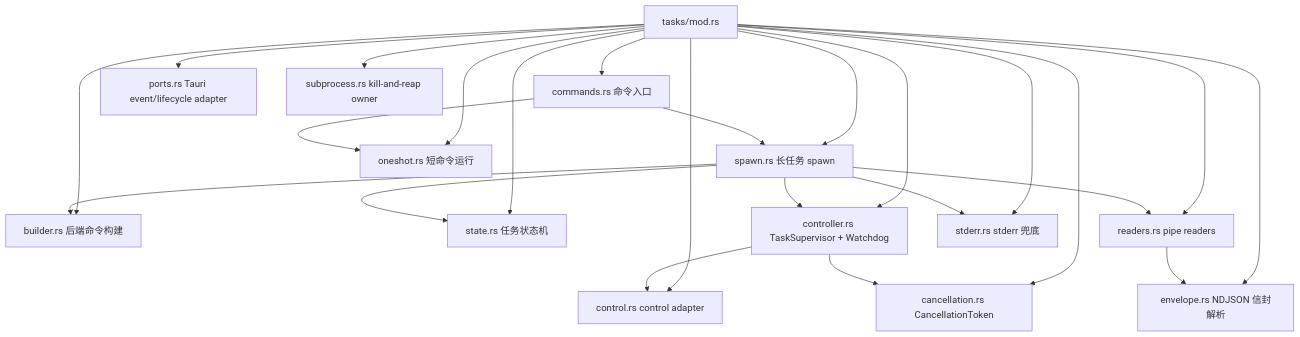
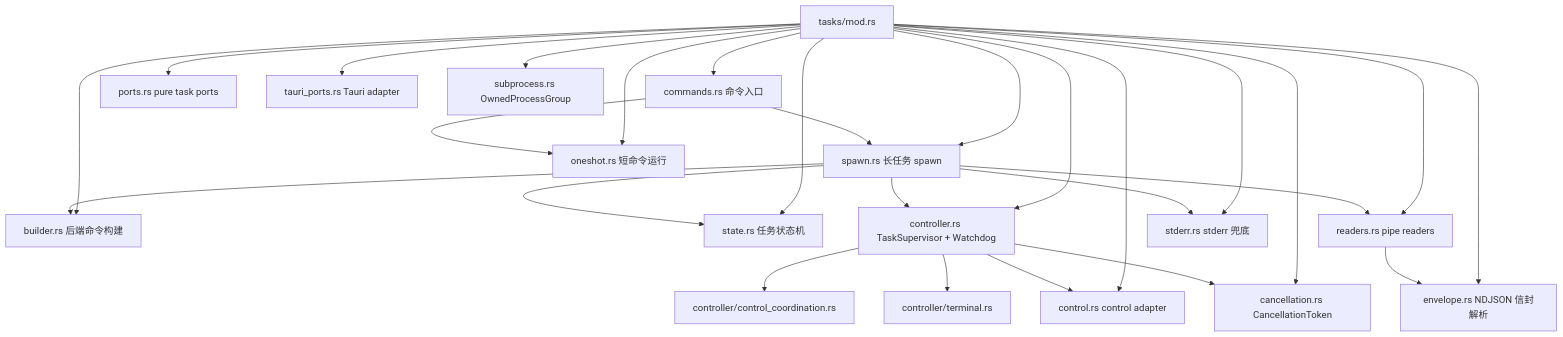
One commit to youge325/vp changed the second of 5 diagrams in docs/03-rust-shell-architecture.md. Above: the diagram before and after it, drawn with Mermaid. The commit also changed other lines of this file and 23 other files, not shown here.

````diff
--- a/docs/03-rust-shell-architecture.md
+++ b/docs/03-rust-shell-architecture.md
@@ -75,27 +75,30 @@
 ```mermaid
 graph TB
     A[tasks/mod.rs] --> B[commands.rs 命令入口]
     A --> C[spawn.rs 长任务 spawn]
     A --> D[oneshot.rs 短命令运行]
     A --> E[builder.rs 后端命令构建]
     A --> F[state.rs 任务状态机]
     A --> G[control.rs control adapter]
     A --> H[controller.rs TaskSupervisor + Watchdog]
+    H --> H1[controller/control_coordination.rs]
+    H --> H2[controller/terminal.rs]
     A --> I[cancellation.rs CancellationToken]
     A --> J[readers.rs pipe readers]
     A --> K[envelope.rs NDJSON 信封解析]
     A --> L[stderr.rs stderr 兜底]
-    A --> M[ports.rs Tauri event/lifecycle adapter]
-    A --> N[subprocess.rs kill-and-reap owner]
+    A --> M[ports.rs pure task ports]
+    A --> M1[tauri_ports.rs Tauri adapter]
+    A --> N[subprocess.rs OwnedProcessGroup]
 
     B --> C
     B --> D
     C --> E
     C --> F
     C --> H
     C --> J
     C --> L
     H --> G
     H --> I
     J --> K
 ```
````
